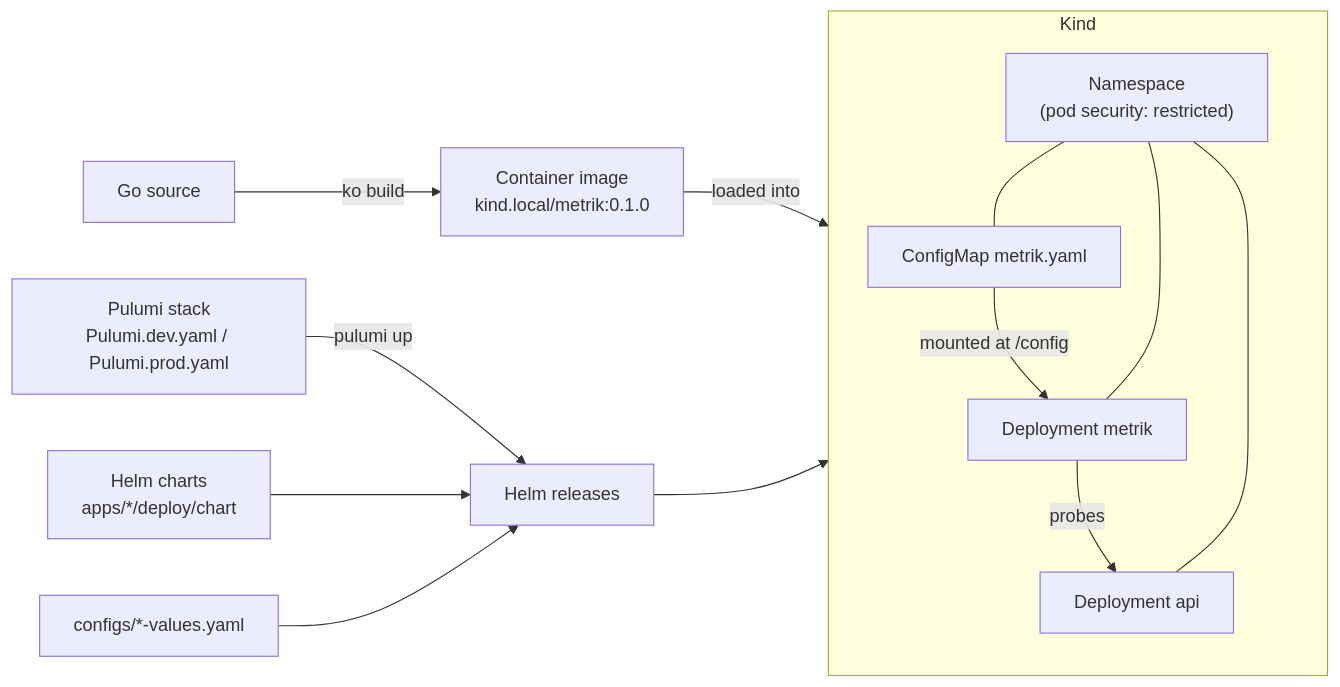
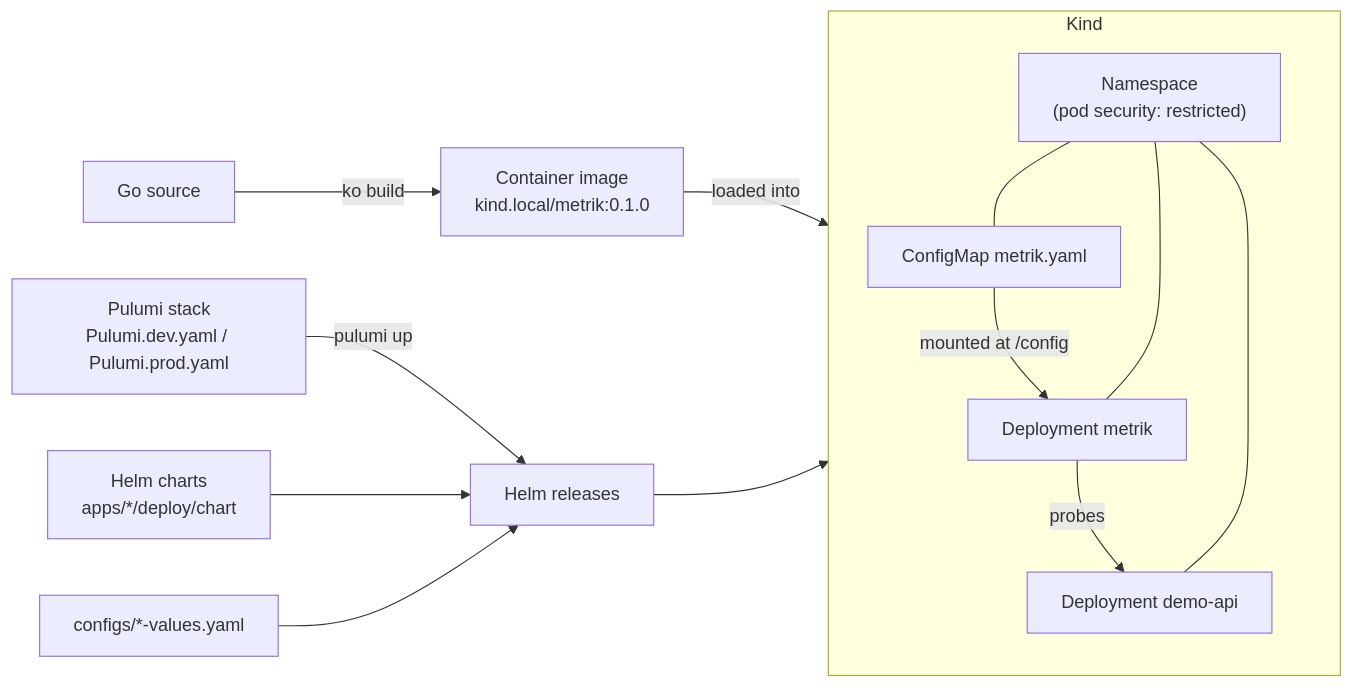
One commit to pdemagny/metrik changed the third of 3 diagrams in docs/metrik-architecture.md. Above: the diagram before and after it, drawn with Mermaid. The commit also changed other lines of this file and 32 other files, not shown here.

Commit message:
refactor(demo-api): rename the api app to demo-api

````diff
--- a/docs/metrik-architecture.md
+++ b/docs/metrik-architecture.md
@@ -75,22 +75,22 @@
 ```mermaid
 flowchart LR
     Src["Go source"] -->|ko build| Img["Container image<br/>kind.local/metrik:0.1.0"]
     Img -->|loaded into| Kind[("kind cluster<br/>dev or prod")]
     Stack["Pulumi stack<br/>Pulumi.dev.yaml / Pulumi.prod.yaml"] -->|pulumi up| Release["Helm releases"]
     Chart["Helm charts<br/>apps/*/deploy/chart"] --> Release
     Values["configs/*-values.yaml"] --> Release
     Release --> Kind
 
     subgraph Kind
         direction TB
         NS["Namespace<br/>(pod security: restricted)"]
         CM["ConfigMap metrik.yaml"]
         Dep["Deployment metrik"]
-        Api["Deployment api"]
+        Api["Deployment demo-api"]
         CM -->|mounted at /config| Dep
         Dep -->|probes| Api
         NS --- CM
         NS --- Dep
         NS --- Api
     end
 ```
````
